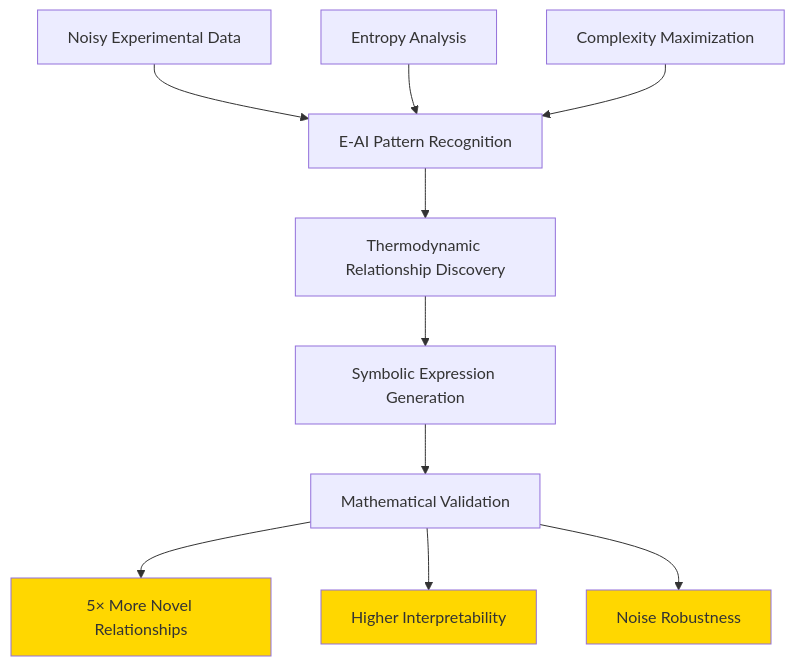
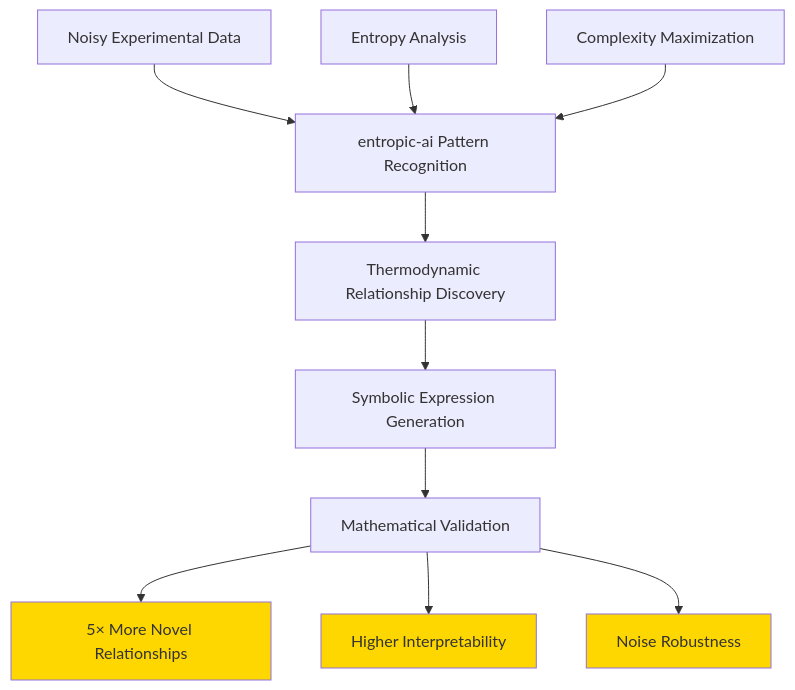
One commit to krish567366/Entropic-AI changed diagram 15 of 32 in docs/about/paper.md. Above: the diagram before and after it, drawn with Mermaid. The commit also changed other lines of this file and 37 other files, not shown here.

````diff
--- a/docs/about/paper.md
+++ b/docs/about/paper.md
@@ -481,18 +481,18 @@
 ```mermaid
 flowchart TD
-    A[Noisy Experimental Data] --> B[E-AI Pattern Recognition]
+    A[Noisy Experimental Data] --> B[entropic-ai Pattern Recognition]
     B --> C[Thermodynamic Relationship Discovery]
     C --> D[Symbolic Expression Generation]
     D --> E[Mathematical Validation]
     
     B1[Entropy Analysis] --> B
     B2[Complexity Maximization] --> B
     
     E --> F[5× More Novel Relationships]
     E --> G[Higher Interpretability]
     E --> H[Noise Robustness]
     
     style F fill:#FFD700
     style G fill:#FFD700
     style H fill:#FFD700
 ```
````
